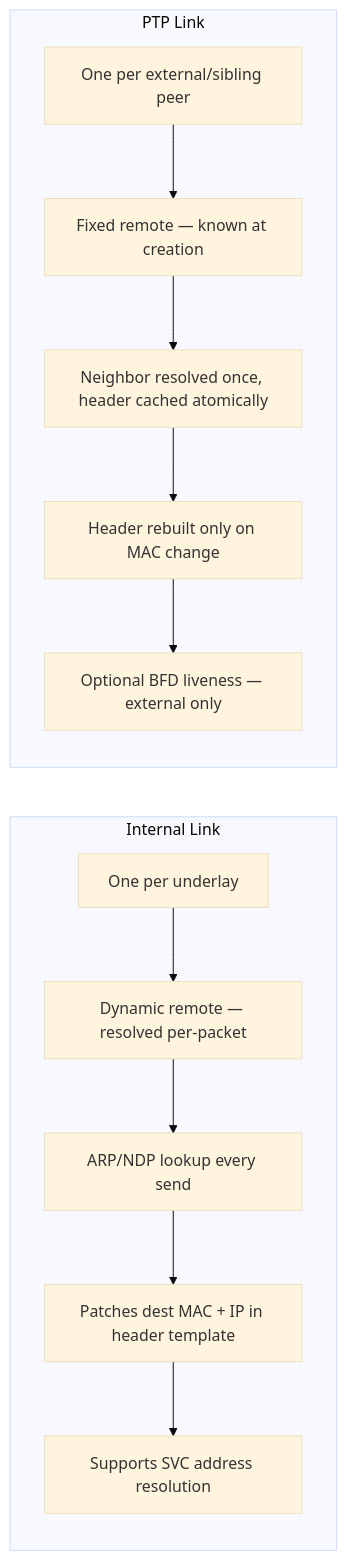
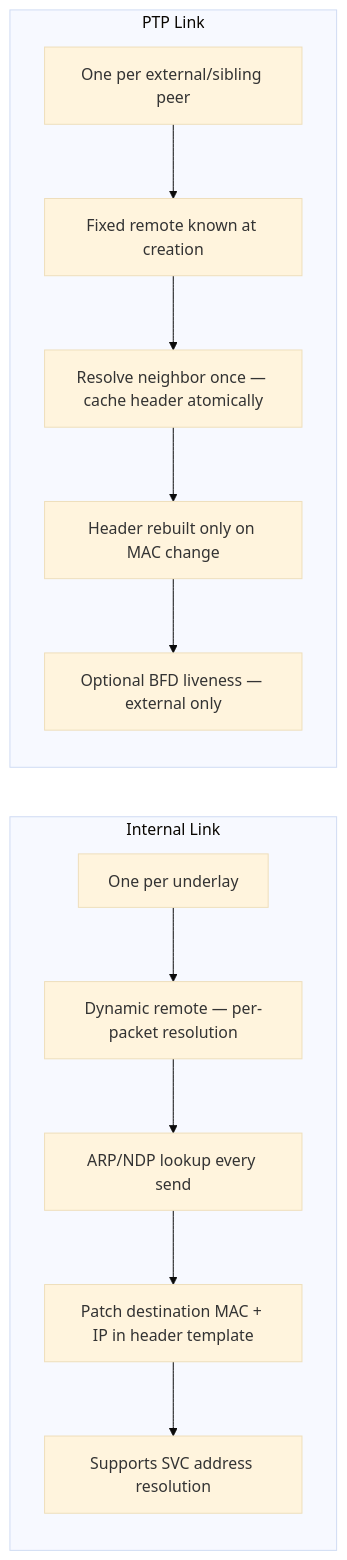
Before and after one commit to scionproto/scion: the third of 3 diagrams in router/underlayproviders/afxdpudpip/README.md, drawn with Mermaid (base theme). The commit also changed other lines of this file and 6 other files, not shown here.

````diff
--- a/router/underlayproviders/afxdpudpip/README.md
+++ b/router/underlayproviders/afxdpudpip/README.md
@@ -168,18 +159,18 @@
 ```mermaid
 flowchart LR
     subgraph Internal Link
         direction TB
-        A1[One per underlay] --> A2[Dynamic remote — resolved per-packet]
+        A1[One per underlay] --> A2[Dynamic remote — per-packet resolution]
         A2 --> A3[ARP/NDP lookup every send]
-        A3 --> A4[Patches dest MAC + IP in header template]
+        A3 --> A4[Patch destination MAC + IP in header template]
         A4 --> A5[Supports SVC address resolution]
     end
 
     subgraph PTP Link
         direction TB
-        B1[One per external/sibling peer] --> B2[Fixed remote — known at creation]
-        B2 --> B3[Neighbor resolved once, header cached atomically]
+        B1[One per external/sibling peer] --> B2[Fixed remote known at creation]
+        B2 --> B3[Resolve neighbor once — cache header atomically]
         B3 --> B4[Header rebuilt only on MAC change]
         B4 --> B5[Optional BFD liveness — external only]
     end
 ```
````
